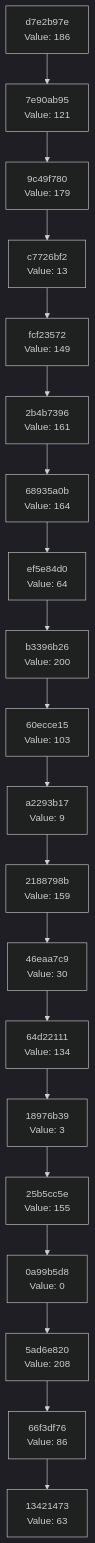
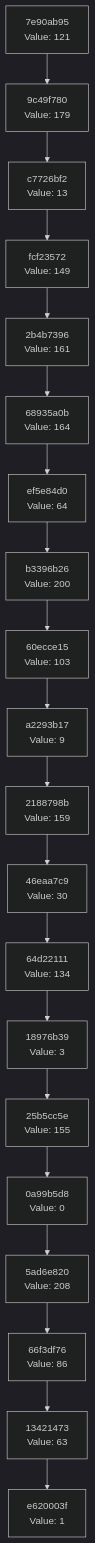
The diagram in docs/CHAIN_VISUALIZATION.md (Abhisheksinha1506/hash-chain-evolver), drawn with Mermaid (dark theme) before and after one commit. The commit also changed 2 other files, not shown here.

Commit message:
Evolution Step

````diff
--- a/docs/CHAIN_VISUALIZATION.md
+++ b/docs/CHAIN_VISUALIZATION.md
@@ -3,42 +3,42 @@
 ```mermaid
 graph TD
-    C0["13421473<br/>Value: 63"]
-    C1["66f3df76<br/>Value: 86"]
+    C0["e620003f<br/>Value: 1"]
+    C1["13421473<br/>Value: 63"]
     C1 --> C0
-    C2["5ad6e820<br/>Value: 208"]
+    C2["66f3df76<br/>Value: 86"]
     C2 --> C1
-    C3["0a99b5d8<br/>Value: 0"]
+    C3["5ad6e820<br/>Value: 208"]
     C3 --> C2
-    C4["25b5cc5e<br/>Value: 155"]
+    C4["0a99b5d8<br/>Value: 0"]
     C4 --> C3
-    C5["18976b39<br/>Value: 3"]
+    C5["25b5cc5e<br/>Value: 155"]
     C5 --> C4
-    C6["64d22111<br/>Value: 134"]
+    C6["18976b39<br/>Value: 3"]
     C6 --> C5
-    C7["46eaa7c9<br/>Value: 30"]
+    C7["64d22111<br/>Value: 134"]
     C7 --> C6
-    C8["2188798b<br/>Value: 159"]
+    C8["46eaa7c9<br/>Value: 30"]
     C8 --> C7
-    C9["a2293b17<br/>Value: 9"]
+    C9["2188798b<br/>Value: 159"]
     C9 --> C8
-    C10["60ecce15<br/>Value: 103"]
+    C10["a2293b17<br/>Value: 9"]
     C10 --> C9
-    C11["b3396b26<br/>Value: 200"]
+    C11["60ecce15<br/>Value: 103"]
     C11 --> C10
-    C12["ef5e84d0<br/>Value: 64"]
+    C12["b3396b26<br/>Value: 200"]
     C12 --> C11
-    C13["68935a0b<br/>Value: 164"]
+    C13["ef5e84d0<br/>Value: 64"]
     C13 --> C12
-    C14["2b4b7396<br/>Value: 161"]
+    C14["68935a0b<br/>Value: 164"]
     C14 --> C13
-    C15["fcf23572<br/>Value: 149"]
+    C15["2b4b7396<br/>Value: 161"]
     C15 --> C14
-    C16["c7726bf2<br/>Value: 13"]
+    C16["fcf23572<br/>Value: 149"]
     C16 --> C15
-    C17["9c49f780<br/>Value: 179"]
+    C17["c7726bf2<br/>Value: 13"]
     C17 --> C16
-    C18["7e90ab95<br/>Value: 121"]
+    C18["9c49f780<br/>Value: 179"]
     C18 --> C17
-    C19["d7e2b97e<br/>Value: 186"]
+    C19["7e90ab95<br/>Value: 121"]
     C19 --> C18
 ```
````
